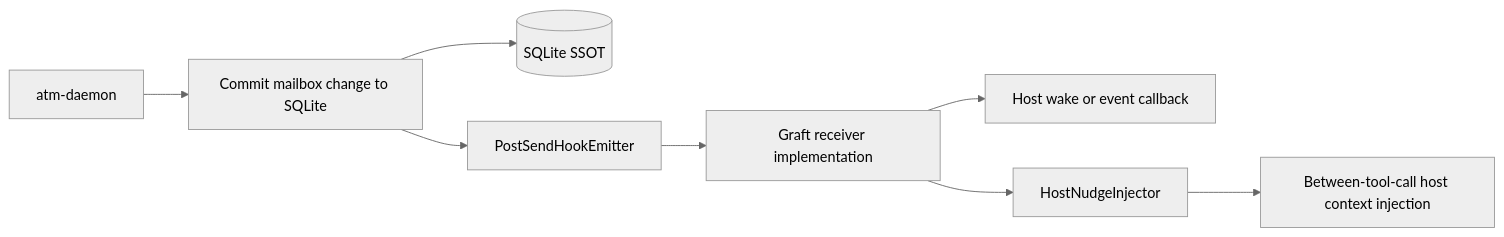
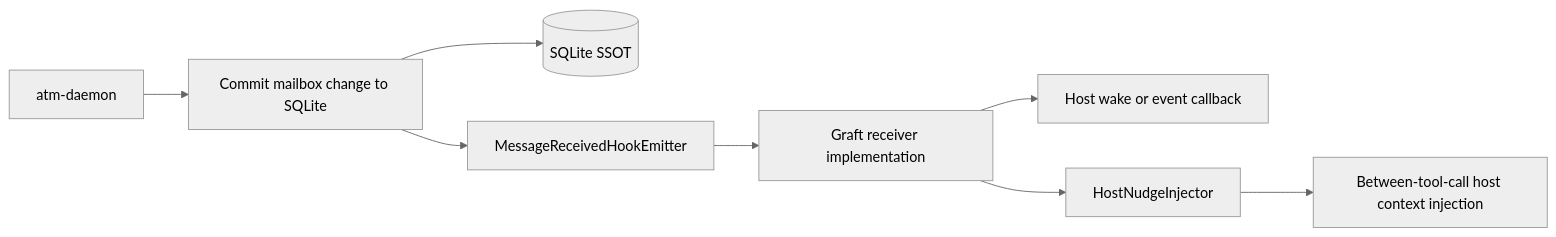
Before and after one commit to randlee/atm-core: the diagram in docs/atm-graft/architecture.md, drawn with Mermaid (neutral theme). The commit also changed other lines of this file and 50 other files, not shown here.

````diff
--- a/docs/atm-graft/architecture.md
+++ b/docs/atm-graft/architecture.md
@@ -226,10 +226,10 @@
 ```mermaid
 flowchart LR
     D[atm-daemon] --> TX[Commit mailbox change to SQLite]
     TX --> SQ[(SQLite SSOT)]
-    TX --> E[PostSendHookEmitter]
+    TX --> E[MessageReceivedHookEmitter]
     E --> GR[Graft receiver implementation]
     GR --> EV[Host wake or event callback]
     GR --> HI[HostNudgeInjector]
     HI --> HC[Between-tool-call host context injection]
 ```
````
